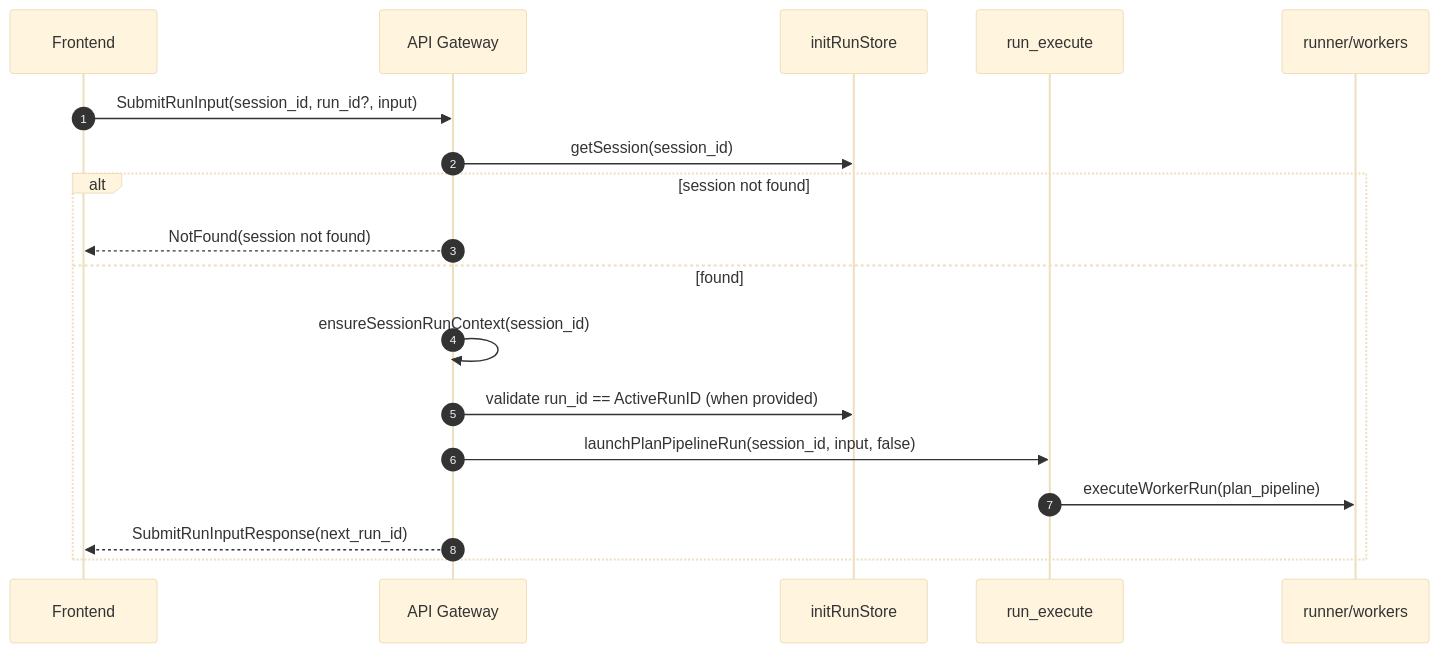
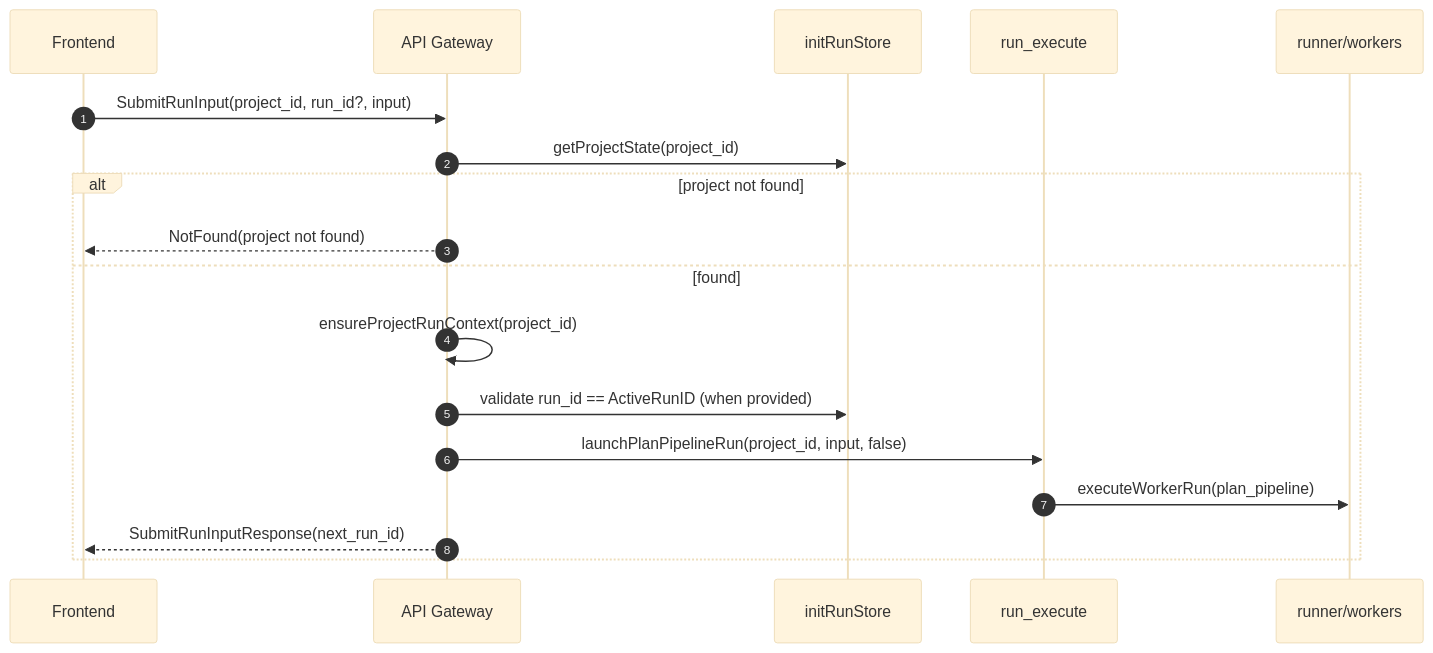
Before and after one commit to Keyhole-Koro/InsightifyCore: the second of 4 diagrams in cmd/api/gateway.md, drawn with Mermaid (base theme). The commit also changed other lines of this file and 22 other files, not shown here.

First line of the commit message:
Refactor project session management and introduce project state store

````diff
--- a/cmd/api/gateway.md
+++ b/cmd/api/gateway.md
@@ -106,21 +106,21 @@
 ```mermaid
 sequenceDiagram
     autonumber
     participant FE as Frontend
     participant GW as API Gateway
     participant SS as initRunStore
     participant EX as run_execute
     participant WR as runner/workers
 
-    FE->>GW: SubmitRunInput(session_id, run_id?, input)
-    GW->>SS: getSession(session_id)
-    alt session not found
-        GW-->>FE: NotFound(session not found)
+    FE->>GW: SubmitRunInput(project_id, run_id?, input)
+    GW->>SS: getProjectState(project_id)
+    alt project not found
+        GW-->>FE: NotFound(project not found)
     else found
-        GW->>GW: ensureSessionRunContext(session_id)
+        GW->>GW: ensureProjectRunContext(project_id)
         GW->>SS: validate run_id == ActiveRunID (when provided)
-        GW->>EX: launchPlanPipelineRun(session_id, input, false)
+        GW->>EX: launchPlanPipelineRun(project_id, input, false)
         EX->>WR: executeWorkerRun(plan_pipeline)
         GW-->>FE: SubmitRunInputResponse(next_run_id)
     end
 ```
````
